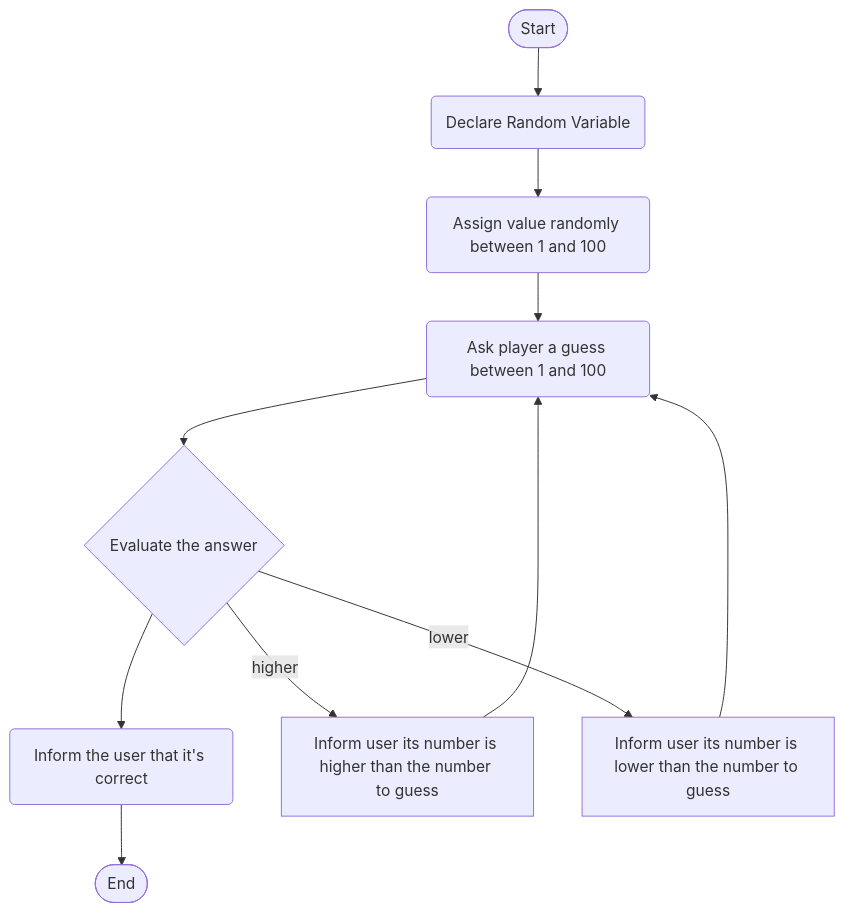
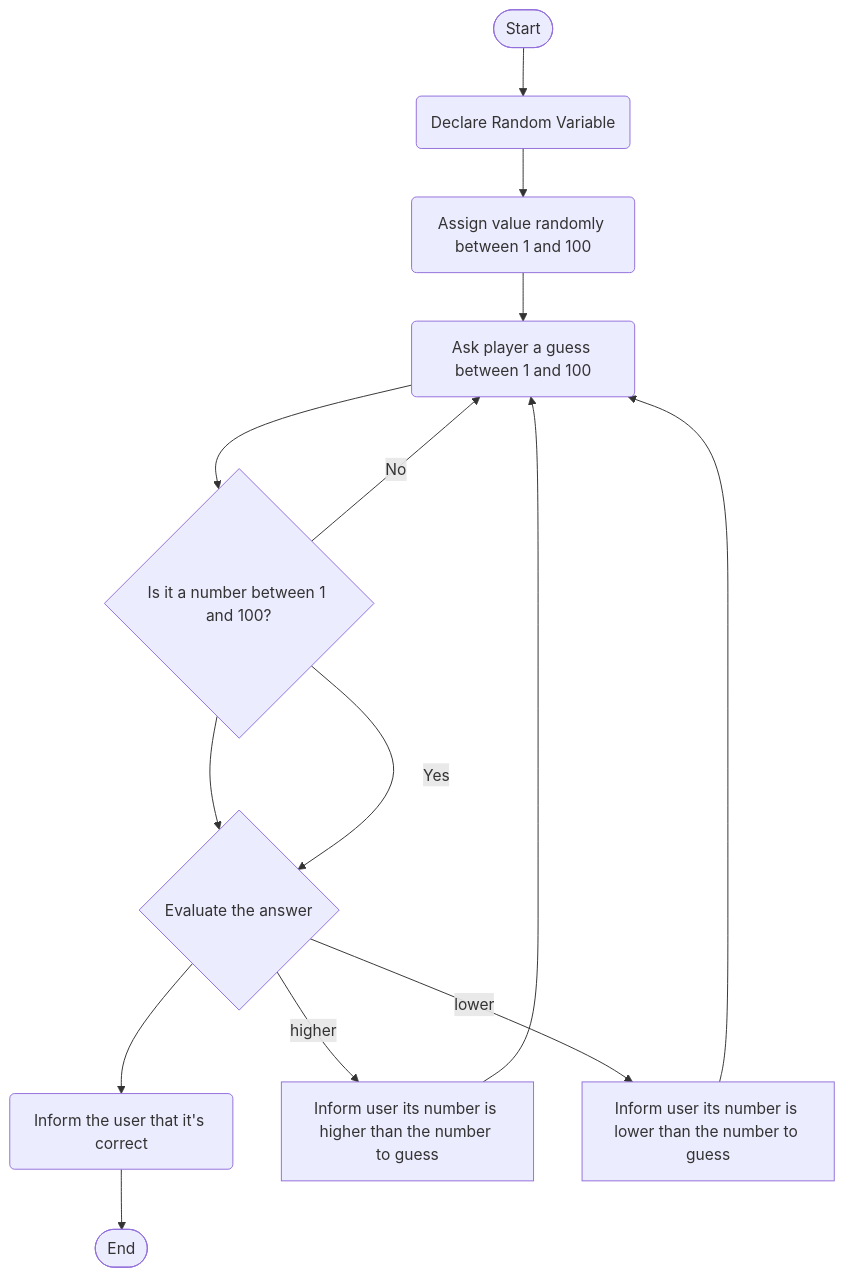
Before and after one commit to juansagarra/juansagarra.github.io: the diagram in Guessing.md, drawn with Mermaid.

````diff
--- a/Guessing.md
+++ b/Guessing.md
@@ -1,16 +1,19 @@
 ```mermaid
 flowchart TD
 
 
 
- Start([Start]) --> A(Declare Random Variable) --> B(Assign value randomly between 1 and 100) --> C(Ask player a guess between 1 and 100) --> Evaluation{Evaluate the answer} --> D(Inform the user that it's correct) --> End([End])
+ Start([Start]) --> A(Declare Random Variable) --> B(Assign value randomly between 1 and 100) --> C(Ask player a guess between 1 and 100) --> Validation{Is it a number between 1 and 100?} --> Evaluation{Evaluate the answer} --> D(Inform the user that it's correct) --> End([End])
+
+Validation --> |Yes| Evaluation
+Validation --> |No| C
 
 Evaluation --> |higher| E[Inform user its number is higher than the number to guess]
 Evaluation --> |lower| F[Inform user its number is lower than the number to guess]
 
 E --> C
 F --> C
 
 
 
 ```
````
